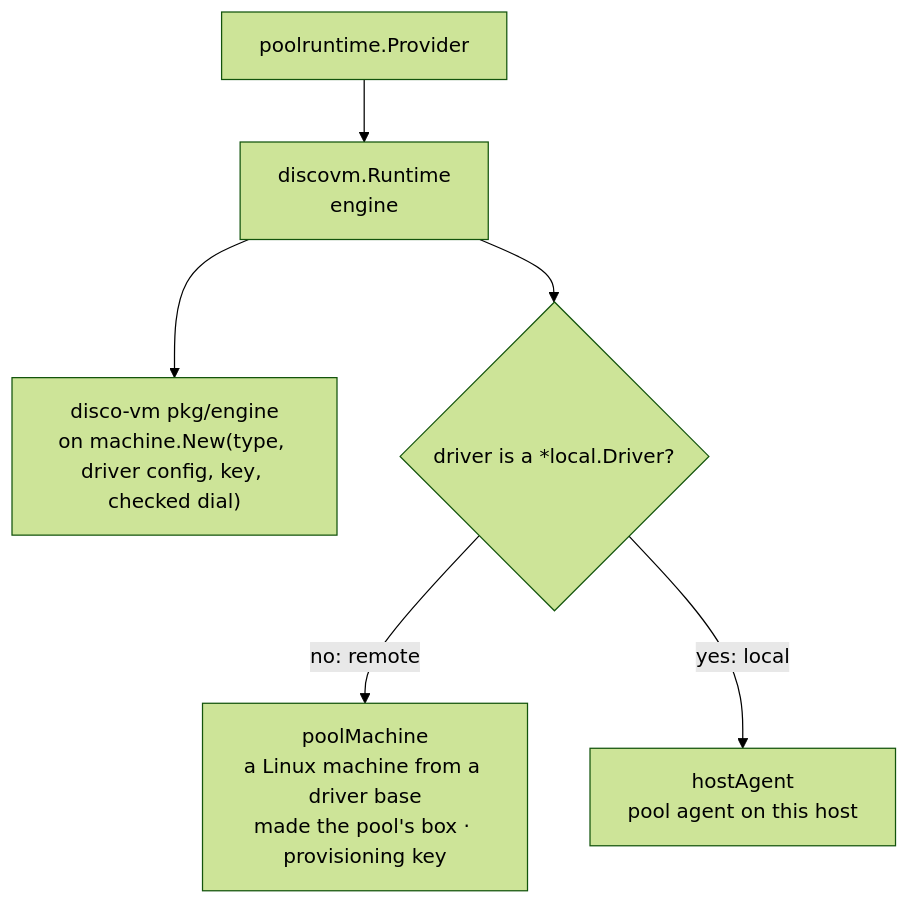
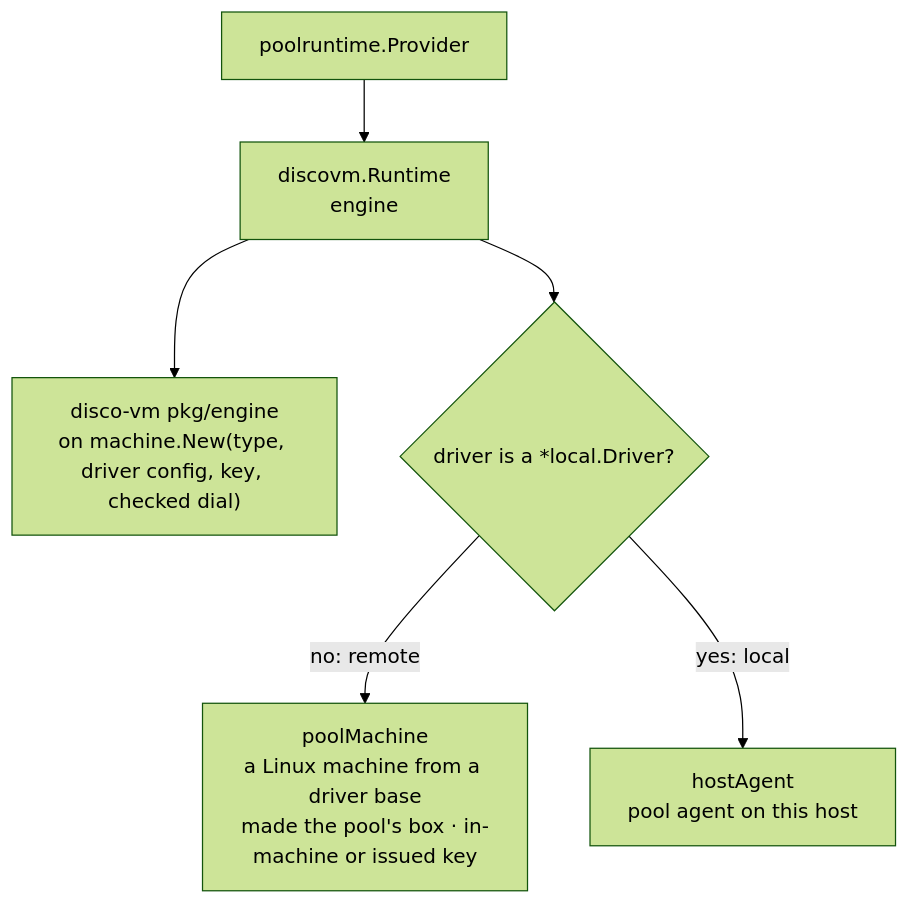
Before and after one commit to discobox-ai/discobox: the diagram in server/providers/discovm/DESIGN.md, drawn with Mermaid (forest theme). The commit also changed other lines of this file and 39 other files, not shown here.

First line of the commit message:
feat(providers)!: a boxd pool authenticates in-machine, and keeps the token's endpoint from its proxy and builder

````diff
--- a/server/providers/discovm/DESIGN.md
+++ b/server/providers/discovm/DESIGN.md
@@ -16,15 +16,15 @@
 ```mermaid
 flowchart TD
     pool["poolruntime.Provider"]
     runtime["discovm.Runtime\nengine"]
     engine["disco-vm pkg/engine\non machine.New(type, driver config, key, checked dial)"]
     host{"driver is a *local.Driver?"}
-    machine["poolMachine\na Linux machine from a driver base\nmade the pool's box · provisioning key"]
+    machine["poolMachine\na Linux machine from a driver base\nmade the pool's box · in-machine or issued key"]
     agent["hostAgent\npool agent on this host"]
 
     pool --> runtime
     runtime --> engine
     runtime --> host
     host -- no: remote --> machine
     host -- yes: local --> agent
 ```
````
